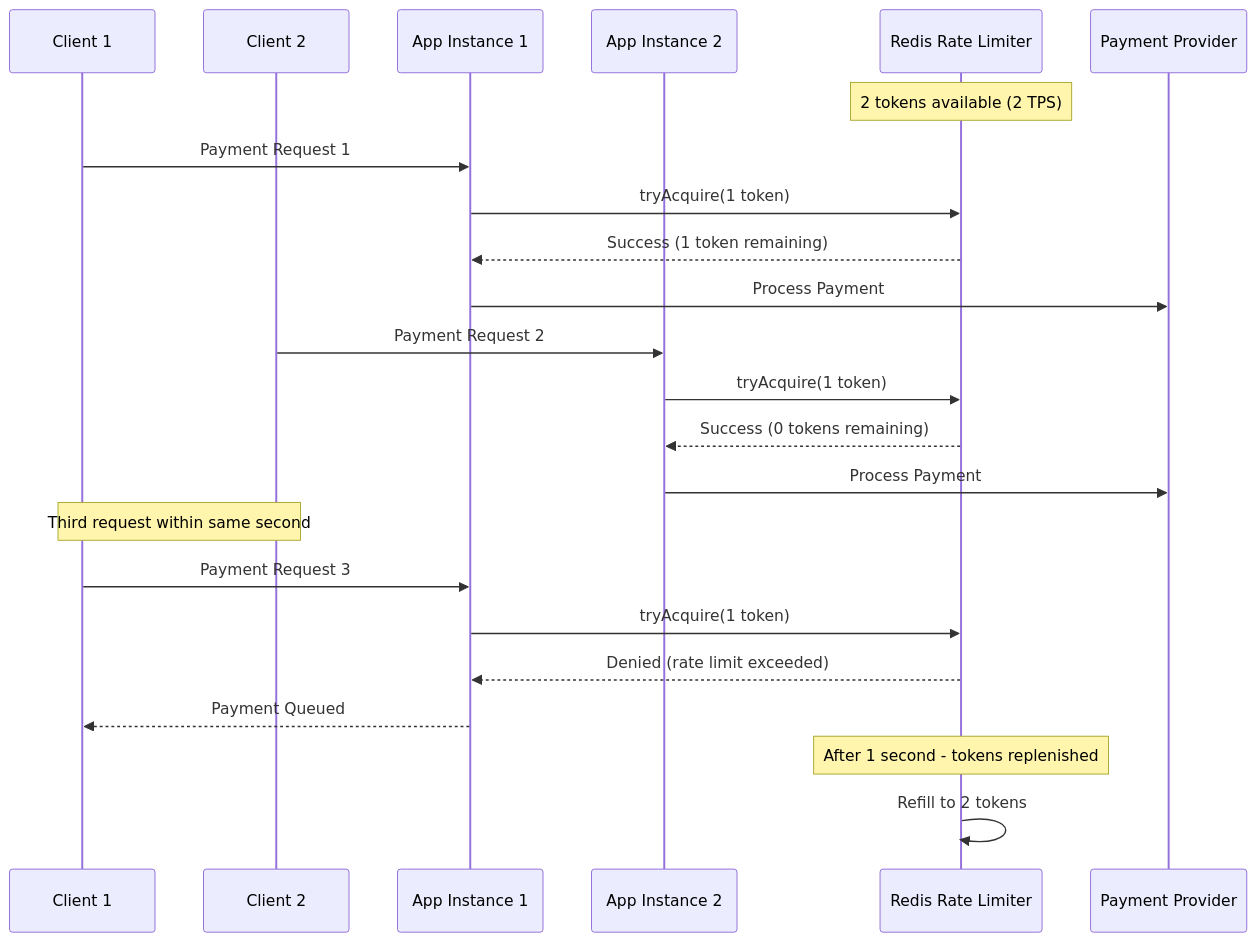
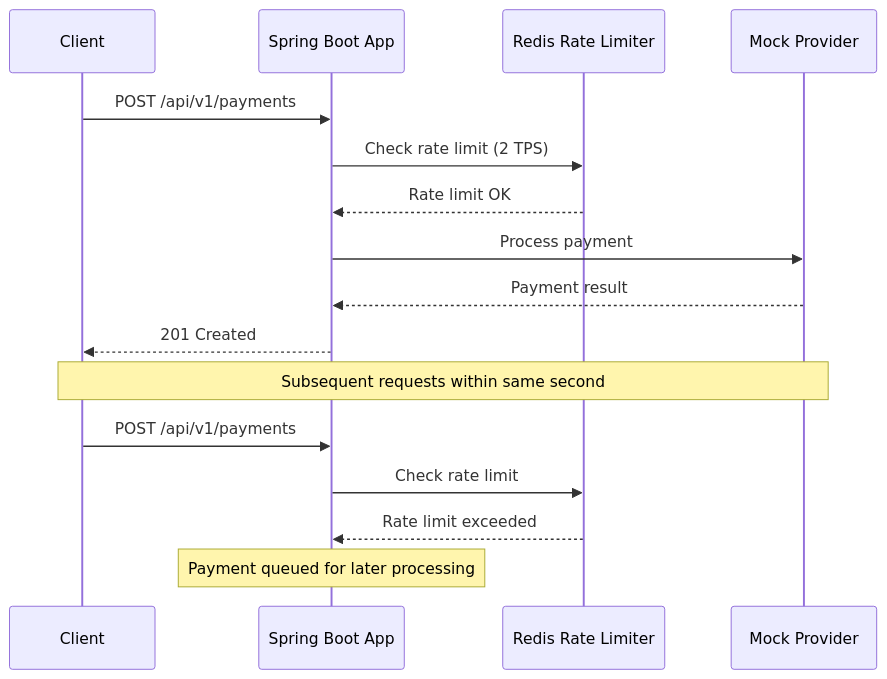
One commit to Nardos-Tsega/po changed the second of 5 diagrams in README.md. Above: the diagram before and after it, drawn with Mermaid. The commit also changed other lines of this file and 9 other files, not shown here.

````diff
--- a/README.md
+++ b/README.md
@@ -89,30 +55,20 @@
 ```mermaid
 sequenceDiagram
-    participant C1 as Client 1
-    participant C2 as Client 2
-    participant A1 as App Instance 1
-    participant A2 as App Instance 2
-    participant R as Redis Rate Limiter
-    participant P as Payment Provider
+    participant CLIENT as Client
+    participant APP as Spring Boot App
+    participant REDIS as Redis Rate Limiter
+    participant MOCK as Mock Provider
     
-    Note over R: 2 tokens available (2 TPS)
+    CLIENT->>APP: POST /api/v1/payments
+    APP->>REDIS: Check rate limit (2 TPS)
+    REDIS-->>APP: Rate limit OK
+    APP->>MOCK: Process payment
+    MOCK-->>APP: Payment result
+    APP-->>CLIENT: 201 Created
     
-    C1->>A1: Payment Request 1
-    A1->>R: tryAcquire(1 token)
-    R-->>A1: Success (1 token remaining)
-    A1->>P: Process Payment
-    
-    C2->>A2: Payment Request 2
-    A2->>R: tryAcquire(1 token)
-    R-->>A2: Success (0 tokens remaining)
-    A2->>P: Process Payment
-    
-    Note over C1,C2: Third request within same second
-    C1->>A1: Payment Request 3
-    A1->>R: tryAcquire(1 token)
-    R-->>A1: Denied (rate limit exceeded)
-    A1-->>C1: Payment Queued
-    
-    Note over R: After 1 second - tokens replenished
-    R->>R: Refill to 2 tokens
+    Note over CLIENT,MOCK: Subsequent requests within same second
+    CLIENT->>APP: POST /api/v1/payments
+    APP->>REDIS: Check rate limit
+    REDIS-->>APP: Rate limit exceeded
+    Note over APP: Payment queued for later processing
 ```
````
